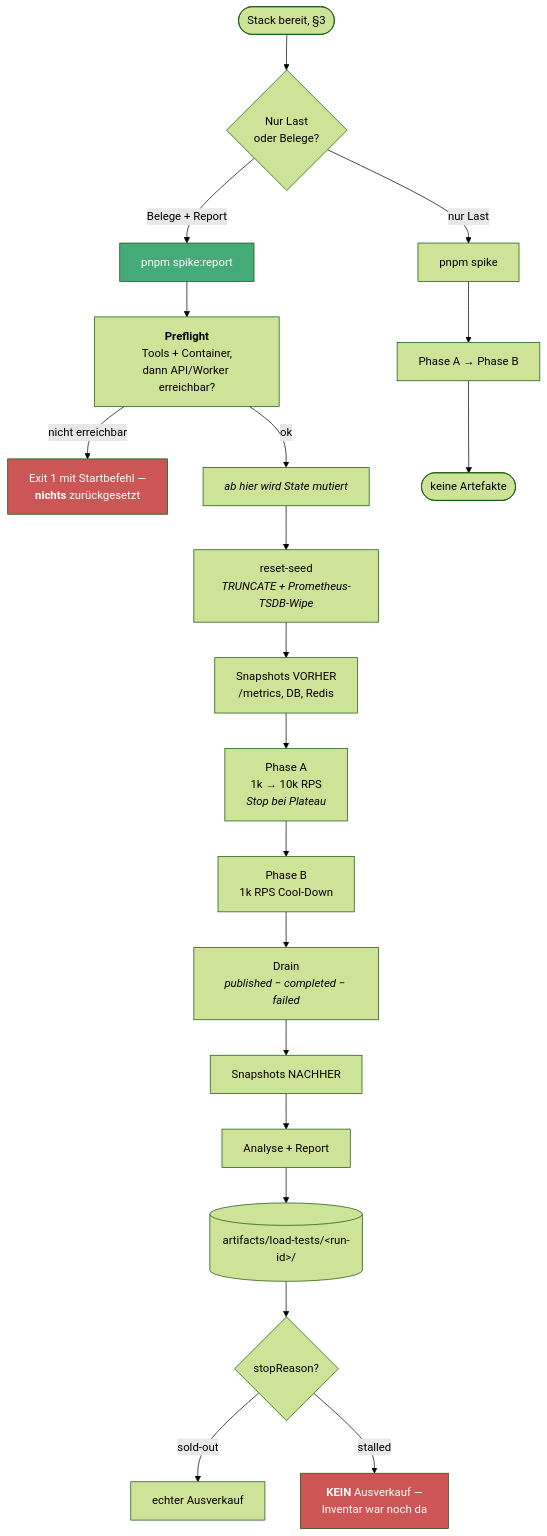
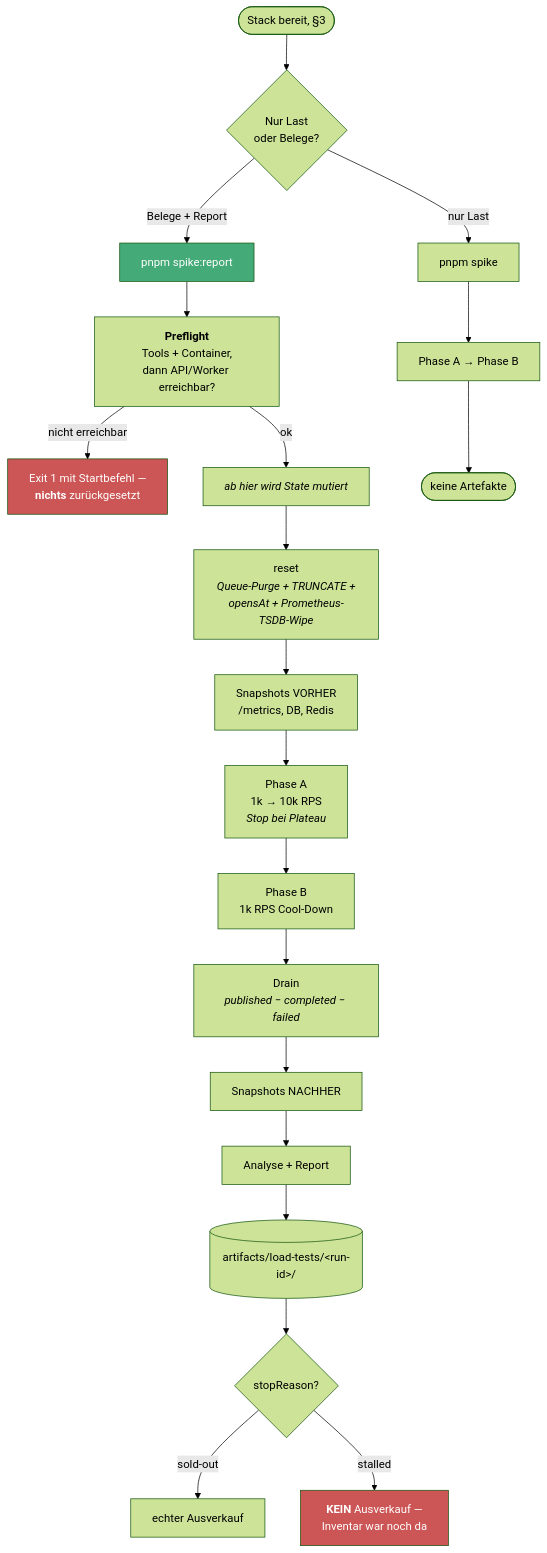
One commit to schuler-ph/high-frequency-ticket-system changed the fifth of 9 diagrams in docs/RUNBOOK.md. Above: the diagram before and after it, drawn with Mermaid (forest theme). The commit also changed other lines of this file and 19 other files, not shown here.

````diff
--- a/docs/RUNBOOK.md
+++ b/docs/RUNBOOK.md
@@ -208,30 +210,30 @@
 ```mermaid
 flowchart TD
     A([Stack bereit, §3]) --> B{"Nur Last<br/>oder Belege?"}
 
     B -->|nur Last| C["pnpm spike"]
     B -->|Belege + Report| D["pnpm spike:report"]
 
     D --> D0["<b>Preflight</b><br/>Tools + Container,<br/>dann API/Worker erreichbar?"]
     D0 -->|"nicht erreichbar"| DX["Exit 1 mit Startbefehl —<br/><b>nichts</b> zurückgesetzt"]
     D0 -->|ok| D1["<i>ab hier wird State mutiert</i>"]
-    D1 --> D2["reset-seed<br/><i>TRUNCATE + Prometheus-TSDB-Wipe</i>"]
+    D1 --> D2["reset<br/><i>Queue-Purge + TRUNCATE +<br/>opensAt + Prometheus-TSDB-Wipe</i>"]
     D2 --> D3["Snapshots VORHER<br/>/metrics, DB, Redis"]
     D3 --> D4["Phase A<br/>1k → 10k RPS<br/><i>Stop bei Plateau</i>"]
     D4 --> D5["Phase B<br/>1k RPS Cool-Down"]
     D5 --> D6["Drain<br/><i>published − completed − failed</i>"]
     D6 --> D7["Snapshots NACHHER"]
     D7 --> D8["Analyse + Report"]
     D8 --> E[("artifacts/load-tests/&lt;run-id&gt;/")]
 
     C --> C1["Phase A → Phase B"]
     C1 --> C2(["keine Artefakte"])
 
     E --> F{"stopReason?"}
     F -->|sold-out| G["echter Ausverkauf"]
     F -->|stalled| H["<b>KEIN</b> Ausverkauf —<br/>Inventar war noch da"]
 
     style D fill:#4a7,color:#fff
     style H fill:#c55,color:#fff
     style DX fill:#c55,color:#fff
 ```
````
